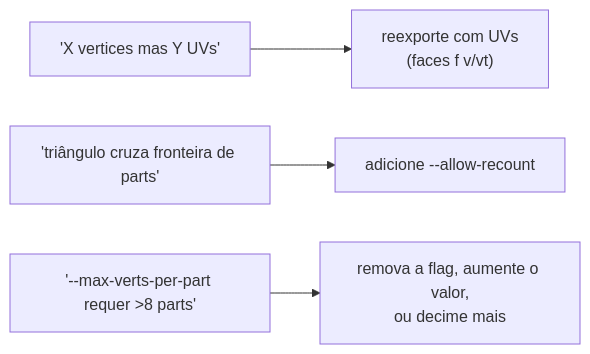
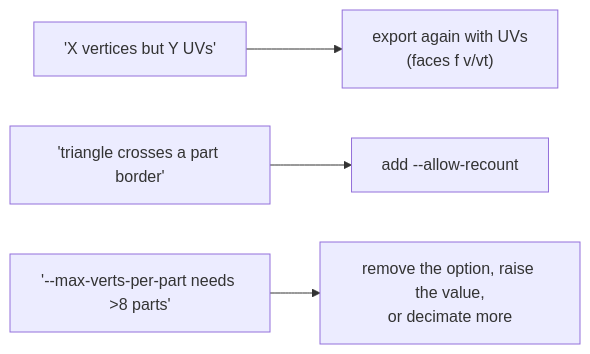
The second of 3 diagrams in docs/07-debugging-guide.md (FVitor7/wepes3d), drawn with Mermaid before and after one commit. The commit also changed other lines of this file and 30 other files, not shown here.

````diff
--- a/docs/07-debugging-guide.md
+++ b/docs/07-debugging-guide.md
@@ -109,6 +115,6 @@
 ```mermaid
 flowchart LR
-    E1["'X vertices mas Y UVs'"] --> F1["reexporte com UVs<br/>(faces f v/vt)"]
-    E2["'triângulo cruza fronteira de parts'"] --> F2["adicione --allow-recount"]
-    E3["'--max-verts-per-part requer >8 parts'"] --> F3["remova a flag, aumente o valor,<br/>ou decime mais"]
+    E1["'X vertices but Y UVs'"] --> F1["export again with UVs<br/>(faces f v/vt)"]
+    E2["'triangle crosses a part border'"] --> F2["add --allow-recount"]
+    E3["'--max-verts-per-part needs >8 parts'"] --> F3["remove the option, raise the value,<br/>or decimate more"]
 ```
````
